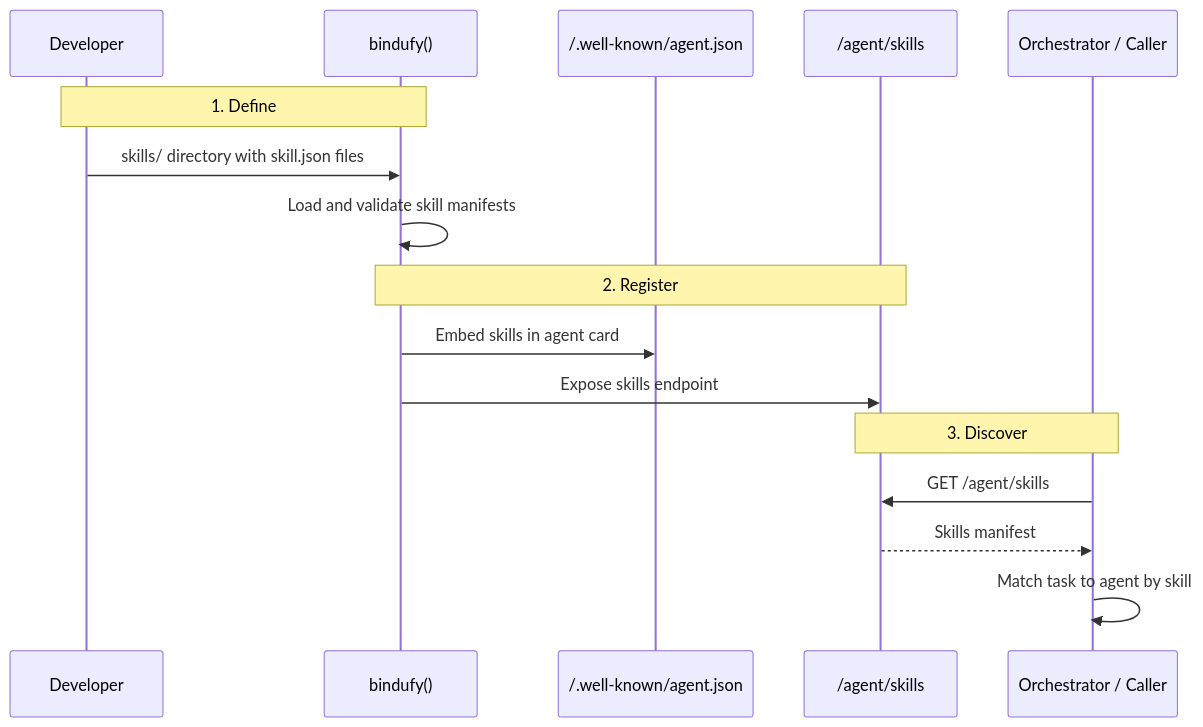
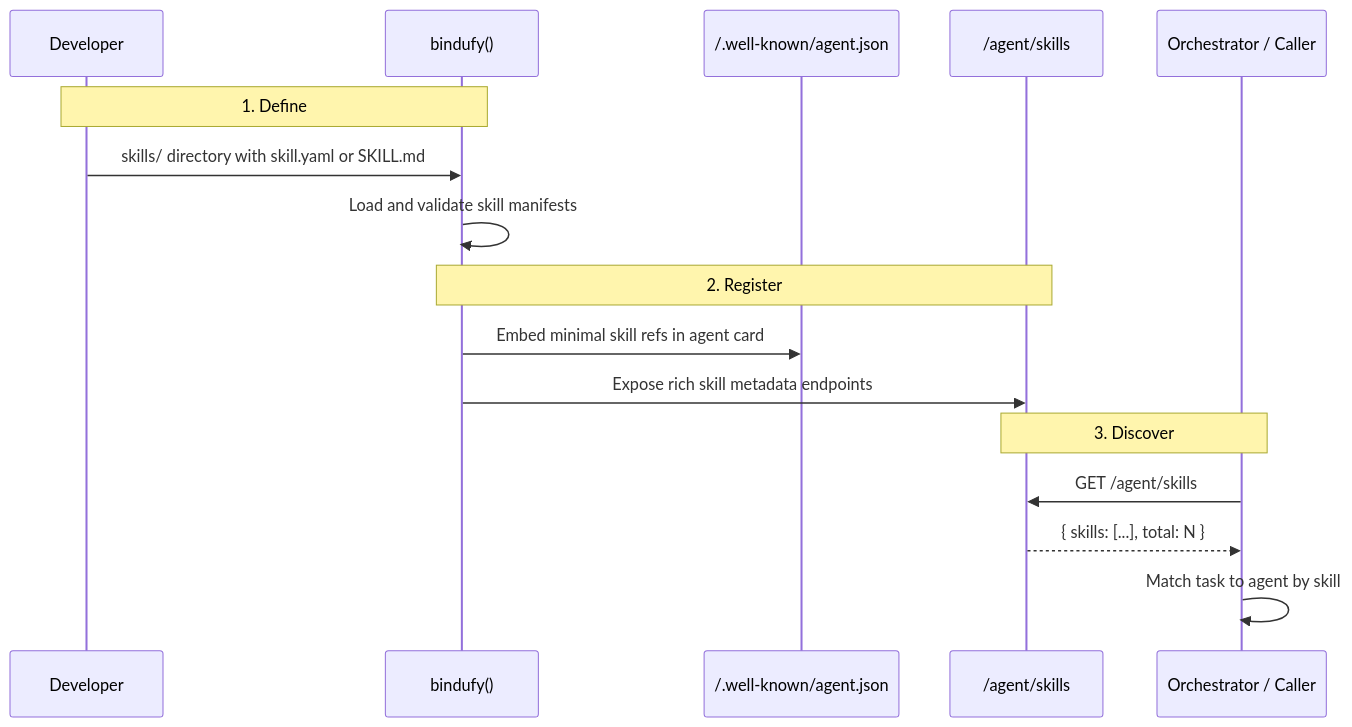
One commit to raahulrahl/docs changed the first of 2 diagrams in bindu/skills/introduction/overview.mdx. Above: the diagram before and after it, drawn with Mermaid. The commit also changed other lines of this file and 1 other file, not shown here.

````diff
--- a/bindu/skills/introduction/overview.mdx
+++ b/bindu/skills/introduction/overview.mdx
@@ -73,21 +125,21 @@
 ```mermaid
 sequenceDiagram
     participant Dev as Developer
     participant Bindu as bindufy()
     participant AgentCard as /.well-known/agent.json
     participant SkillsEndpoint as /agent/skills
     participant Orchestrator as Orchestrator / Caller
 
     Note over Dev,Bindu: 1. Define
-    Dev->>Bindu: skills/ directory with skill.json files
+    Dev->>Bindu: skills/ directory with skill.yaml or SKILL.md
     Bindu->>Bindu: Load and validate skill manifests
 
     Note over Bindu,SkillsEndpoint: 2. Register
-    Bindu->>AgentCard: Embed skills in agent card
-    Bindu->>SkillsEndpoint: Expose skills endpoint
+    Bindu->>AgentCard: Embed minimal skill refs in agent card
+    Bindu->>SkillsEndpoint: Expose rich skill metadata endpoints
 
     Note over SkillsEndpoint,Orchestrator: 3. Discover
     Orchestrator->>SkillsEndpoint: GET /agent/skills
-    SkillsEndpoint-->>Orchestrator: Skills manifest
+    SkillsEndpoint-->>Orchestrator: { skills: [...], total: N }
     Orchestrator->>Orchestrator: Match task to agent by skill
 ```
````
